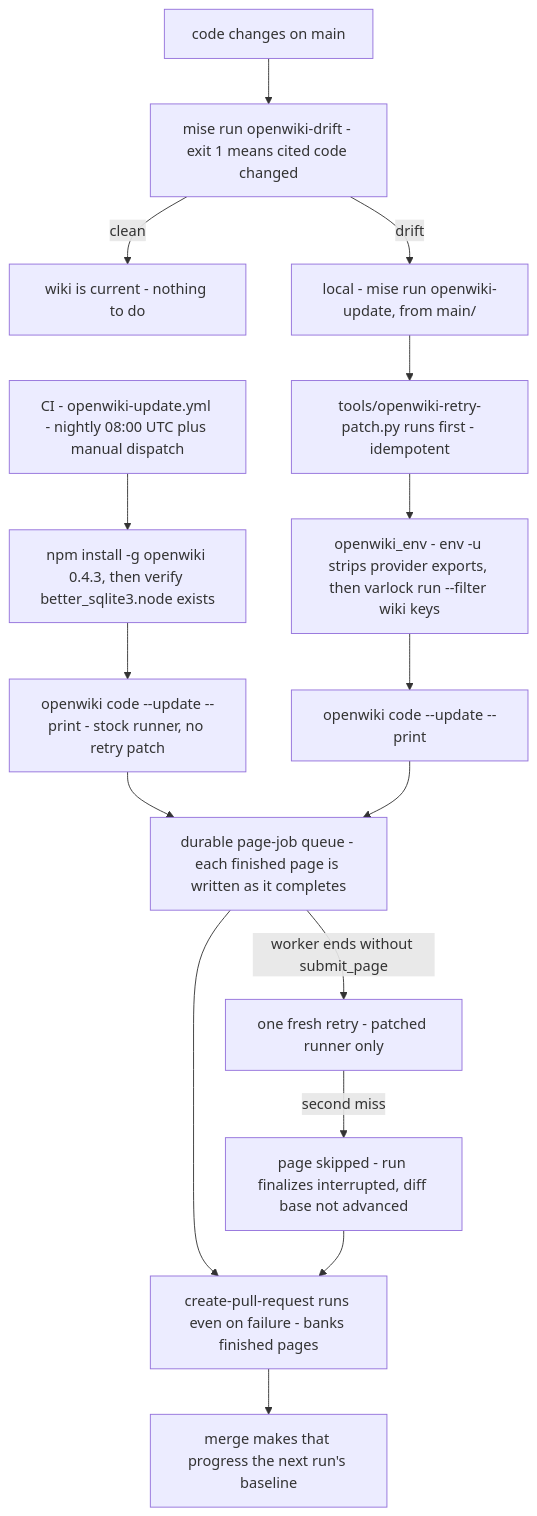
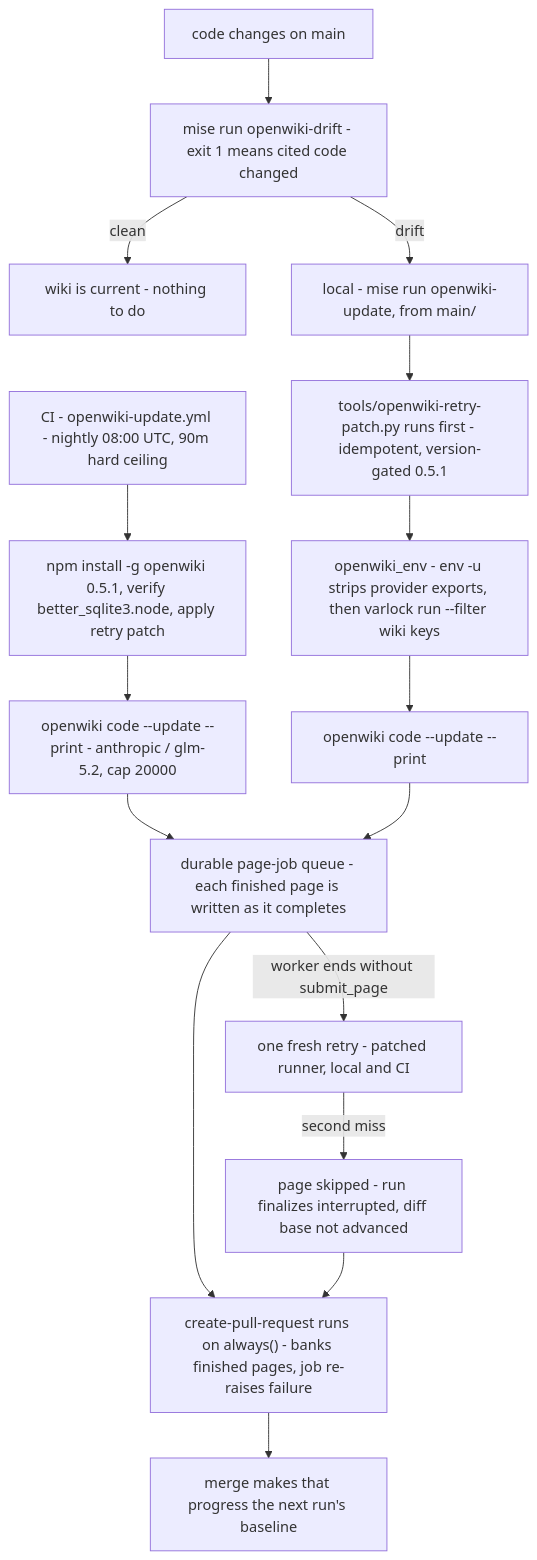
The diagram in openwiki/operations/wiki-automation.md (drmikecrowe/harnessed), drawn with Mermaid before and after one commit. The commit also changed other lines of this file and 51 other files, not shown here.

First line of the commit message:
docs(openwiki): regenerate the wiki on 0.5.1 with glm-5.2

````diff
--- a/openwiki/operations/wiki-automation.md
+++ b/openwiki/operations/wiki-automation.md
@@ -39,18 +39,18 @@
 ```mermaid
 flowchart TD
     changed["code changes on main"] --> driftq["mise run openwiki-drift - exit 1 means cited code changed"]
     driftq -->|"clean"| current["wiki is current - nothing to do"]
     driftq -->|"drift"| local["local - mise run openwiki-update, from main/"]
-    local --> patch["tools/openwiki-retry-patch.py runs first - idempotent"]
+    local --> patch["tools/openwiki-retry-patch.py runs first - idempotent, version-gated 0.5.1"]
     patch --> envw["openwiki_env - env -u strips provider exports, then varlock run --filter wiki keys"]
     envw --> gen["openwiki code --update --print"]
-    nightly["CI - openwiki-update.yml - nightly 08:00 UTC plus manual dispatch"] --> ciinstall["npm install -g openwiki 0.4.3, then verify better_sqlite3.node exists"]
-    ciinstall --> cirun["openwiki code --update --print - stock runner, no retry patch"]
+    nightly["CI - openwiki-update.yml - nightly 08:00 UTC, 90m hard ceiling"] --> ciinstall["npm install -g openwiki 0.5.1, verify better_sqlite3.node, apply retry patch"]
+    ciinstall --> cirun["openwiki code --update --print - anthropic / glm-5.2, cap 20000"]
     cirun --> queue["durable page-job queue - each finished page is written as it completes"]
     gen --> queue
-    queue -->|"worker ends without submit_page"| retry["one fresh retry - patched runner only"]
+    queue -->|"worker ends without submit_page"| retry["one fresh retry - patched runner, local and CI"]
     retry -->|"second miss"| skip["page skipped - run finalizes interrupted, diff base not advanced"]
-    queue --> pr["create-pull-request runs even on failure - banks finished pages"]
+    queue --> pr["create-pull-request runs on always() - banks finished pages, job re-raises failure"]
     skip --> pr
     pr --> merge["merge makes that progress the next run's baseline"]
 ```
````
